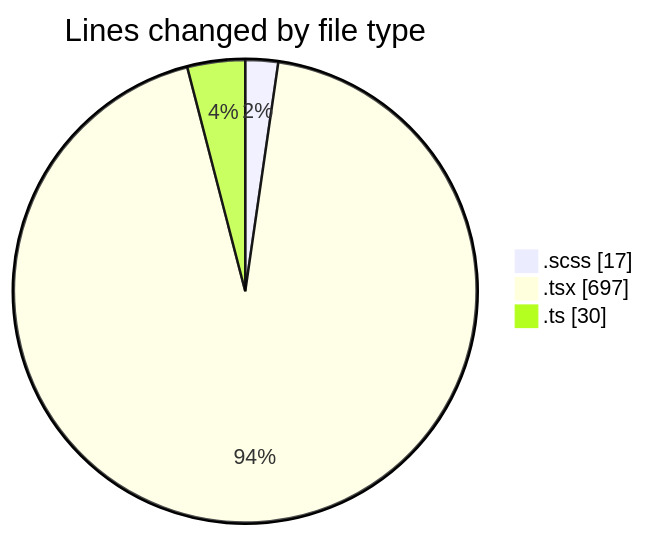
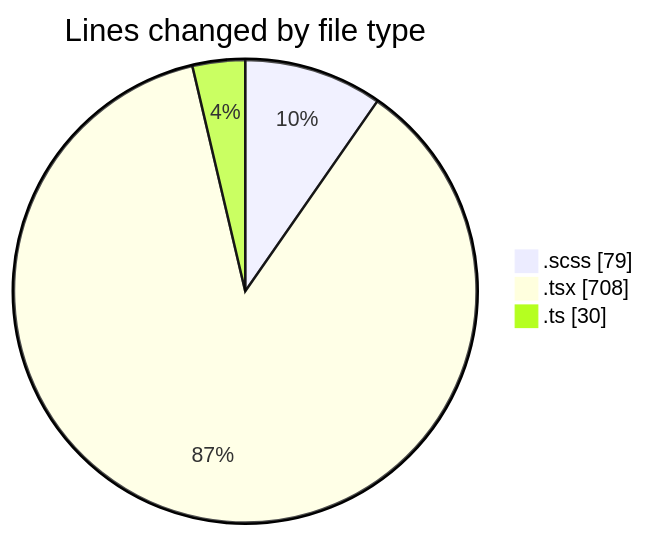
The first of 2 diagrams in 2025-02-27/cda/README.md (momahboobian/code-tracking), drawn with Mermaid before and after one commit. The commit also changed other lines of this file and 1 other file, not shown here.

````diff
--- a/2025-02-27/cda/README.md
+++ b/2025-02-27/cda/README.md
@@ -28,7 +28,7 @@
 ```mermaid
 pie showData
 title Lines changed by file type
-".scss" : 17
-".tsx" : 697
+".scss" : 79
+".tsx" : 708
 ".ts" : 30
 ```
````
